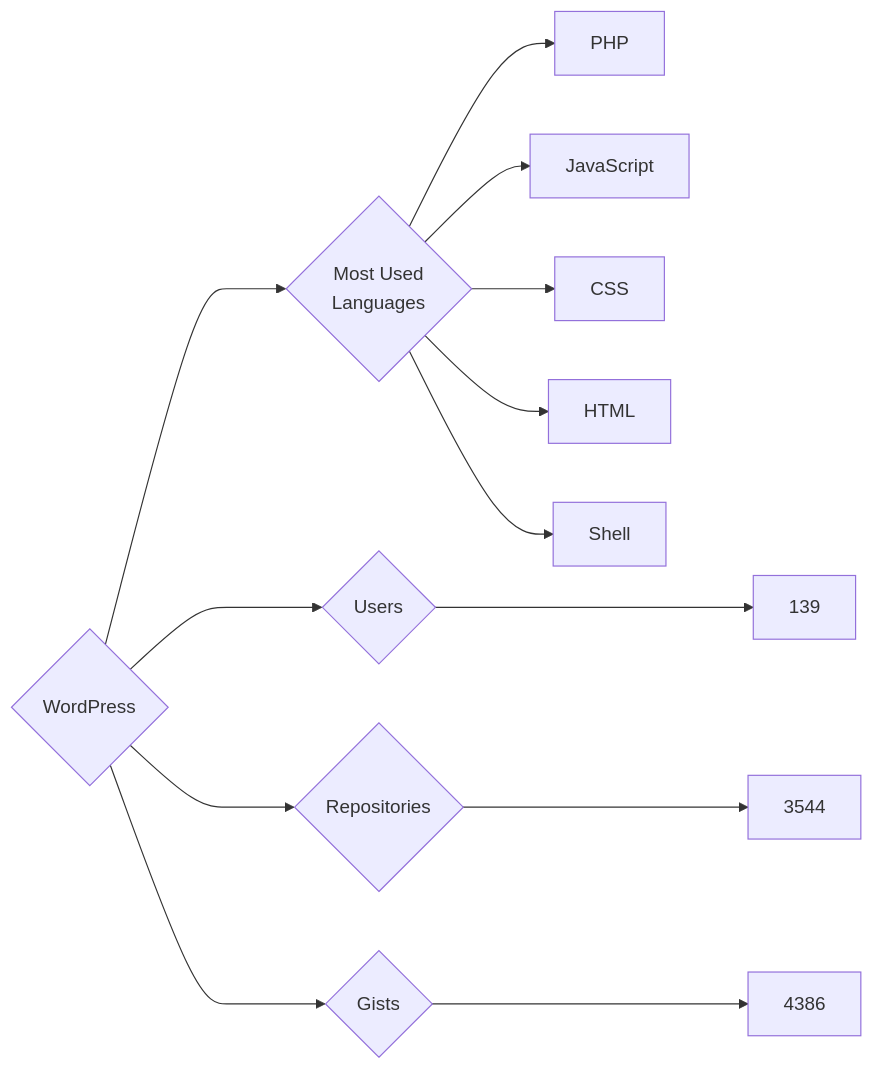
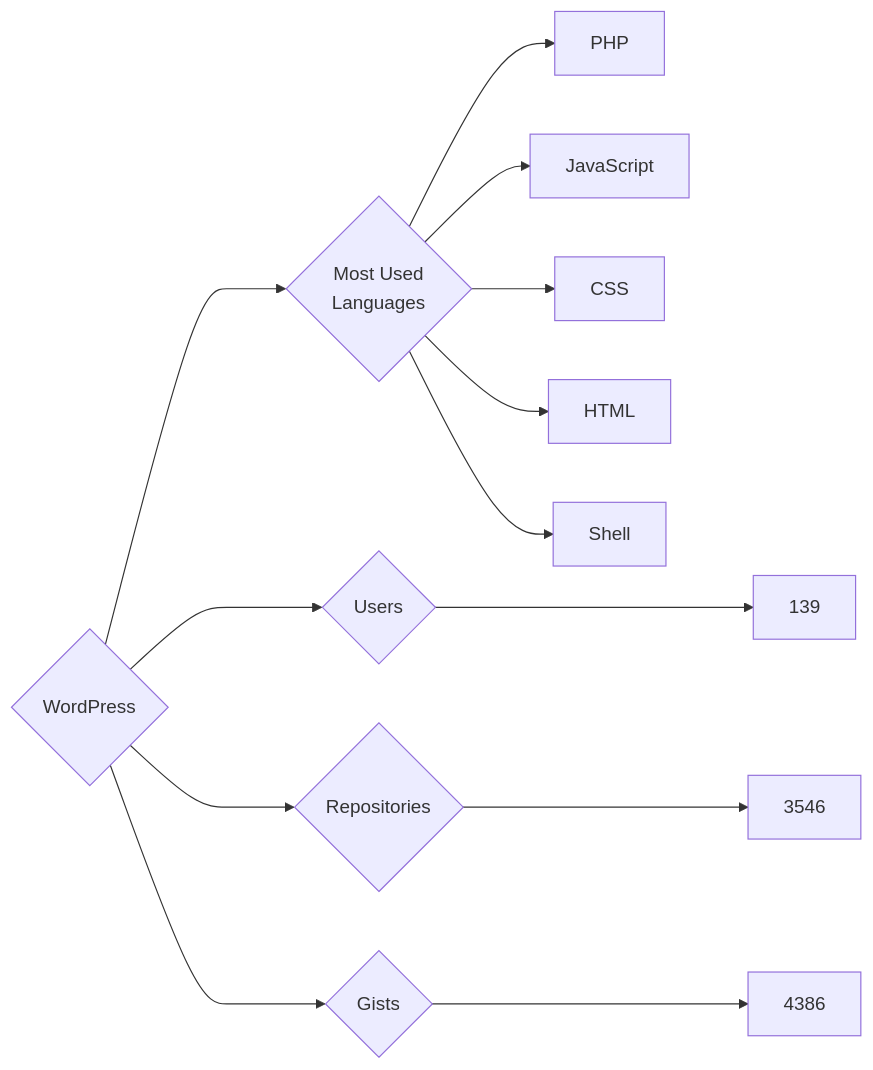
One commit to trickest/insiders changed the diagram in targets/WordPress/README.md. Above: the diagram before and after it, drawn with Mermaid. The commit also changed 534 other files, not shown here.

````diff
--- a/targets/WordPress/README.md
+++ b/targets/WordPress/README.md
@@ -3,13 +3,13 @@
 ```mermaid
 graph LR
 COMPANY_NAME{WordPress}
 COMPANY_NAME ---> U{Users} ---> UN[139]
-COMPANY_NAME ---> R{Repositories} ---> RN[3544]
+COMPANY_NAME ---> R{Repositories} ---> RN[3546]
 COMPANY_NAME ---> G{Gists} ---> GN[4386]
 COMPANY_NAME ---> ML{Most Used<br>Languages}
 ML --> PHP[PHP]
 ML --> JavaScript[JavaScript]
 ML --> CSS[CSS]
 ML --> HTML[HTML]
 ML --> Shell[Shell]
 ```
````
